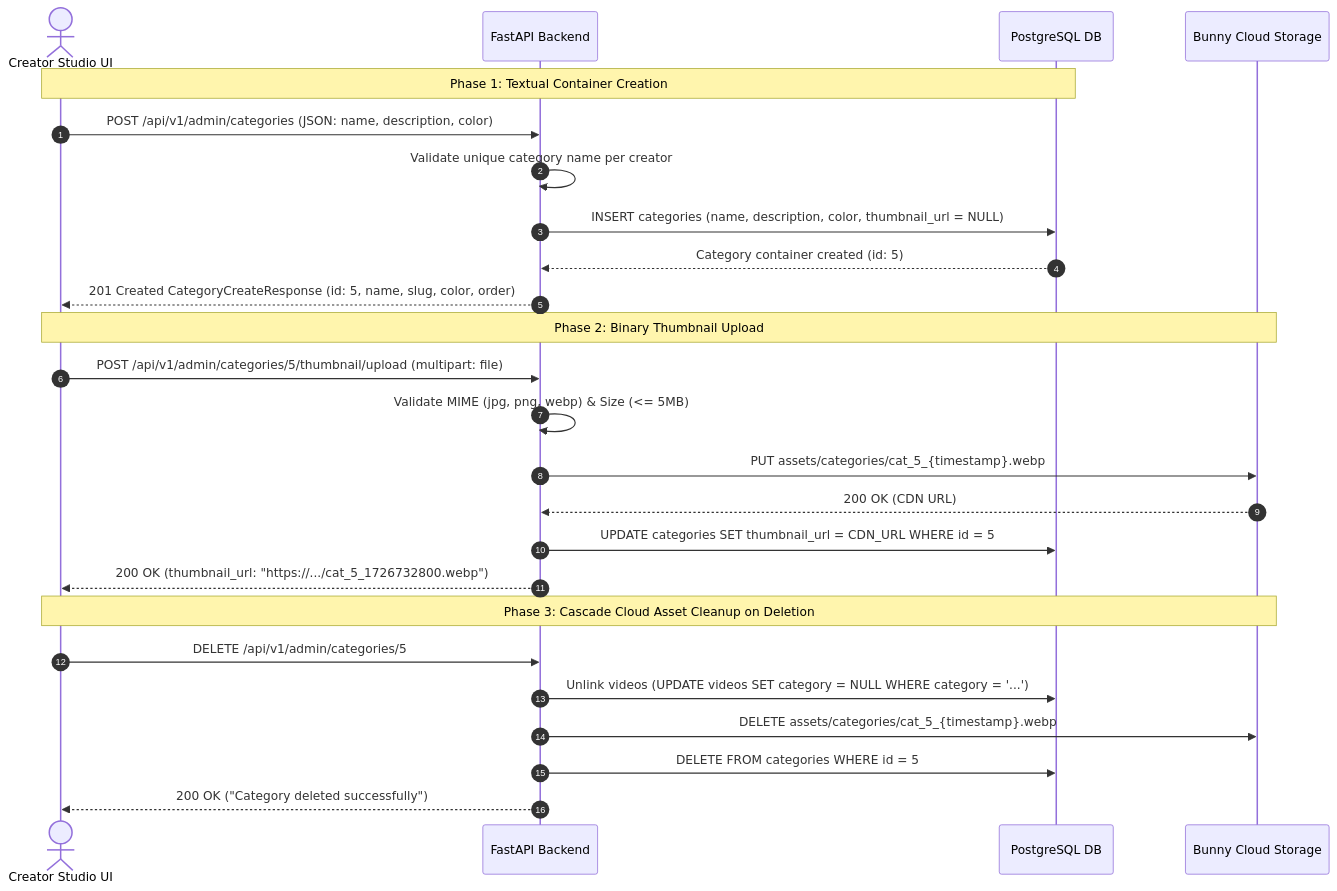
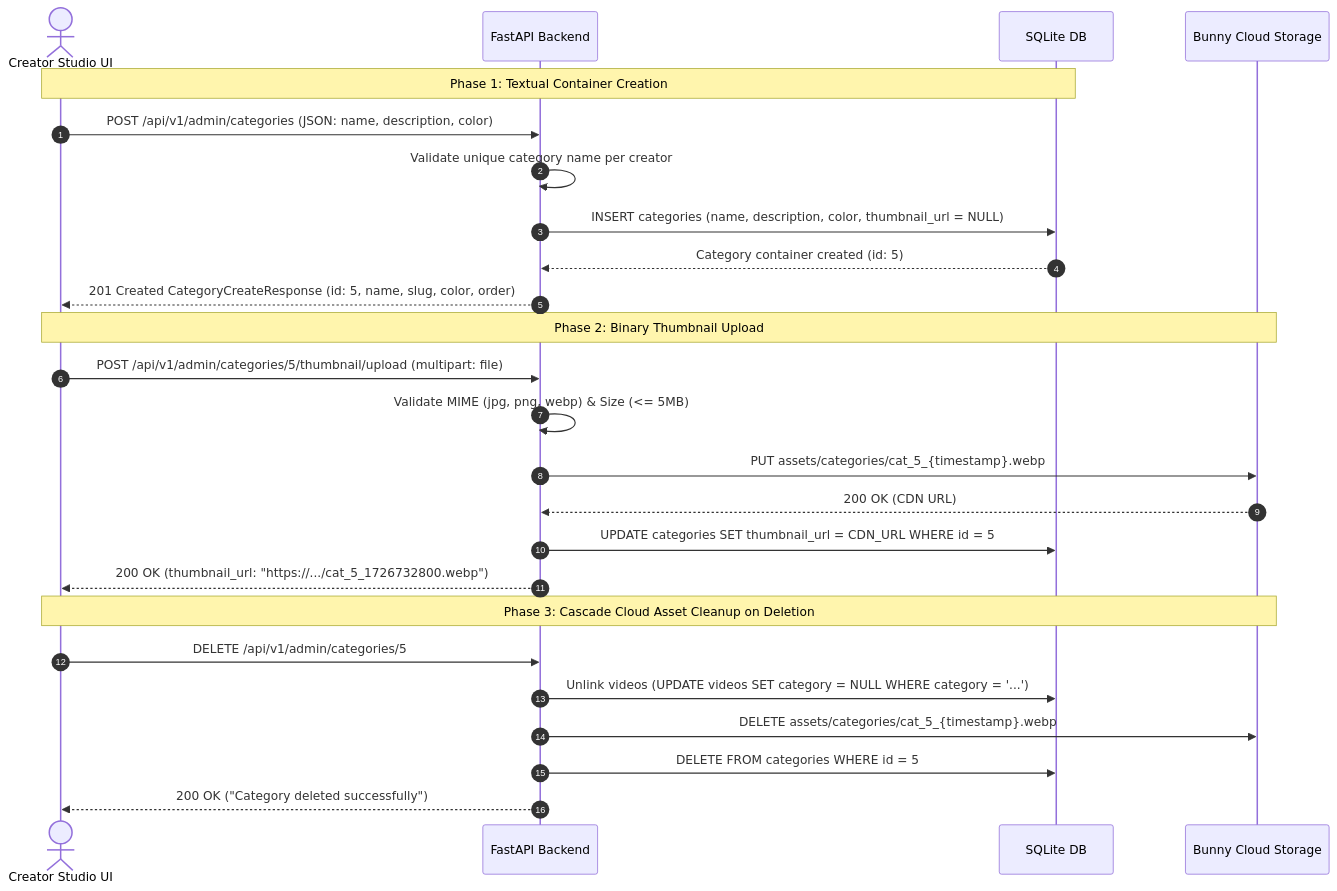
One commit to TalentSea/content-talent-backend changed the diagram in docs/admin/categories_management_api_specification.md. Above: the diagram before and after it, drawn with Mermaid. The commit also changed 7 other files, not shown here.

````diff
--- a/docs/admin/categories_management_api_specification.md
+++ b/docs/admin/categories_management_api_specification.md
@@ -92,30 +92,30 @@
 ```mermaid
 sequenceDiagram
     autonumber
     actor Admin as Creator Studio UI
     participant Backend as FastAPI Backend
-    participant DB as PostgreSQL DB
+    participant DB as SQLite DB
     participant Bunny as Bunny Cloud Storage
 
     Note over Admin,DB: Phase 1: Textual Container Creation
     Admin->>Backend: POST /api/v1/admin/categories (JSON: name, description, color)
     Backend->>Backend: Validate unique category name per creator
     Backend->>DB: INSERT categories (name, description, color, thumbnail_url = NULL)
     DB-->>Backend: Category container created (id: 5)
     Backend-->>Admin: 201 Created CategoryCreateResponse (id: 5, name, slug, color, order)
 
     Note over Admin,Bunny: Phase 2: Binary Thumbnail Upload
     Admin->>Backend: POST /api/v1/admin/categories/5/thumbnail/upload (multipart: file)
     Backend->>Backend: Validate MIME (jpg, png, webp) & Size (<= 5MB)
     Backend->>Bunny: PUT assets/categories/cat_5_{timestamp}.webp
     Bunny-->>Backend: 200 OK (CDN URL)
     Backend->>DB: UPDATE categories SET thumbnail_url = CDN_URL WHERE id = 5
     Backend-->>Admin: 200 OK (thumbnail_url: "https://.../cat_5_1726732800.webp")
 
     Note over Admin,Bunny: Phase 3: Cascade Cloud Asset Cleanup on Deletion
     Admin->>Backend: DELETE /api/v1/admin/categories/5
     Backend->>DB: Unlink videos (UPDATE videos SET category = NULL WHERE category = '...')
     Backend->>Bunny: DELETE assets/categories/cat_5_{timestamp}.webp
     Backend->>DB: DELETE FROM categories WHERE id = 5
     Backend-->>Admin: 200 OK ("Category deleted successfully")
 ```
````
